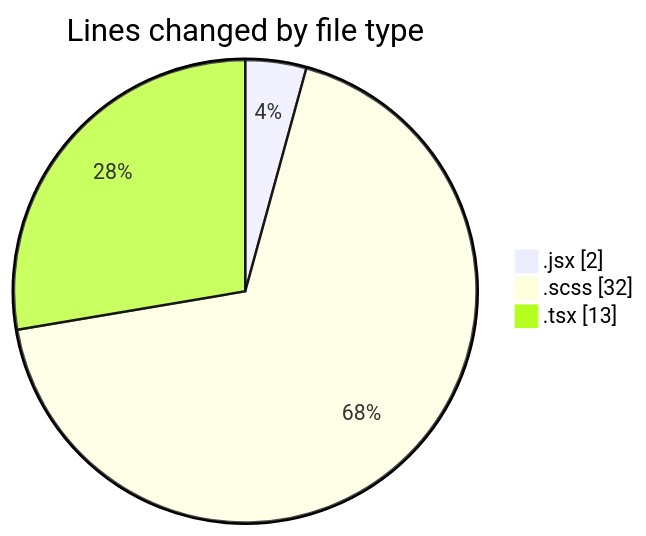
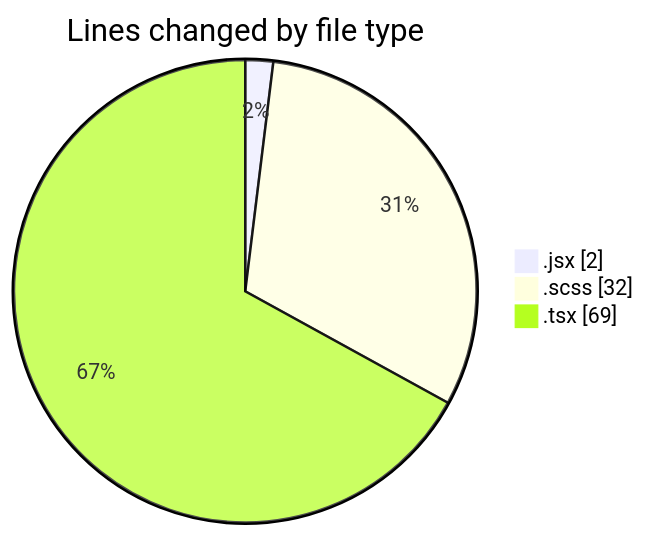
The first of 2 diagrams in 2025-06-06/cda/README.md (momahboobian/code-tracking), drawn with Mermaid before and after one commit. The commit also changed other lines of this file and 1 other file, not shown here.

````diff
--- a/2025-06-06/cda/README.md
+++ b/2025-06-06/cda/README.md
@@ -22,7 +22,7 @@
 ```mermaid
 pie showData
 title Lines changed by file type
 ".jsx" : 2
 ".scss" : 32
-".tsx" : 13
+".tsx" : 69
 ```
````
